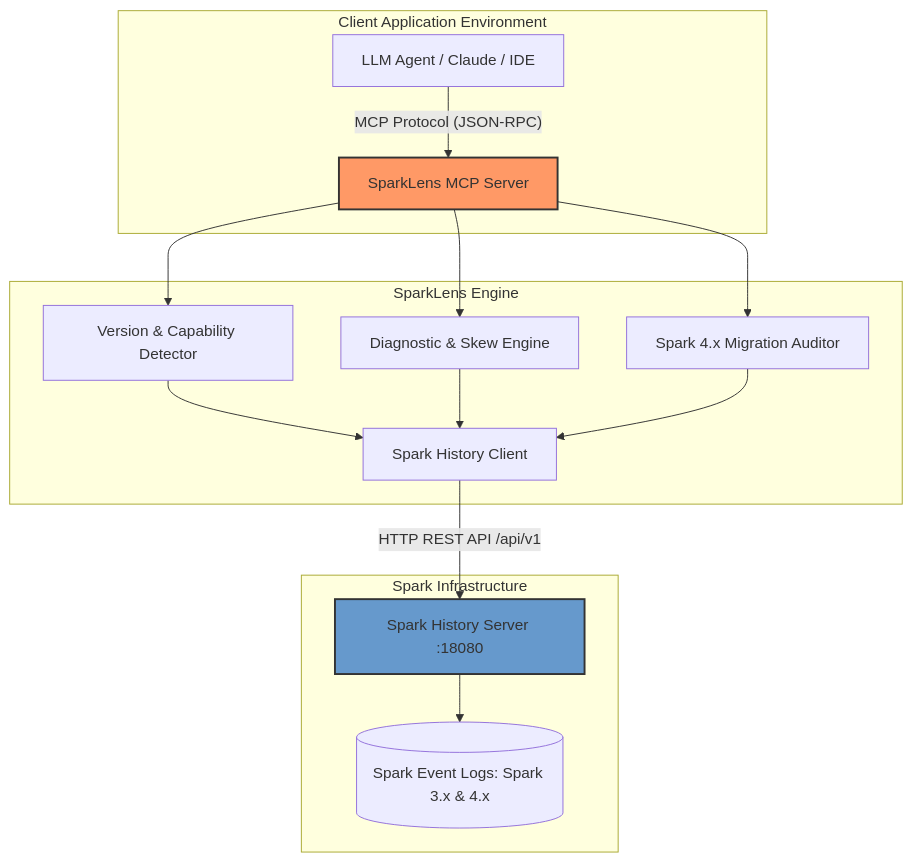
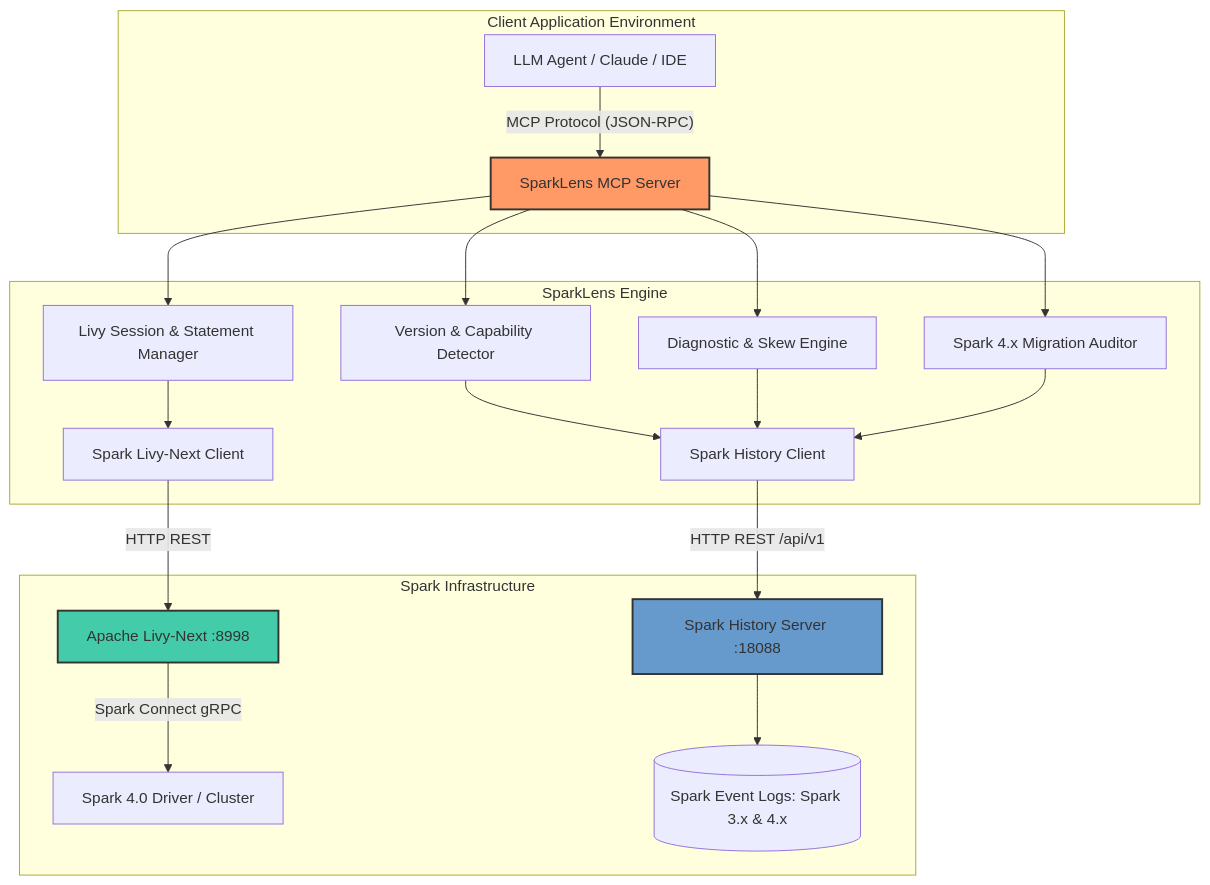
Before and after one commit to ErVijayRaghuwanshi/spark-lens: the diagram in docs/architecture.md, drawn with Mermaid. The commit also changed other lines of this file and 12 other files, not shown here.

First line of the commit message:
feat: Add support for Apache Livy-Next integration

````diff
--- a/docs/architecture.md
+++ b/docs/architecture.md
@@ -11,23 +11,28 @@
 ```mermaid
 graph TD
     subgraph Client Application Environment
         A[LLM Agent / Claude / IDE] -- MCP Protocol (JSON-RPC) --> B[SparkLens MCP Server]
     end
     
     subgraph SparkLens Engine
         B --> B1[Version & Capability Detector]
         B --> B2[Diagnostic & Skew Engine]
         B --> B3[Spark 4.x Migration Auditor]
+        B --> B4[Livy Session & Statement Manager]
         B1 --> C_Client[Spark History Client]
         B2 --> C_Client
         B3 --> C_Client
+        B4 --> D_Client[Spark Livy-Next Client]
     end
 
     subgraph Spark Infrastructure
-        C_Client -- HTTP REST API /api/v1 --> C[Spark History Server :18080]
-        C --> D[(Spark Event Logs: Spark 3.x & 4.x)]
+        C_Client -- HTTP REST /api/v1 --> C[Spark History Server :18088]
+        D_Client -- HTTP REST --> D[Apache Livy-Next :8998]
+        D -- Spark Connect gRPC --> E[Spark 4.0 Driver / Cluster]
+        C --> F[(Spark Event Logs: Spark 3.x & 4.x)]
     end
     
     style B fill:#f96,stroke:#333,stroke-width:2px
     style C fill:#69c,stroke:#333,stroke-width:2px
+    style D fill:#4ca,stroke:#333,stroke-width:2px
 ```
````
